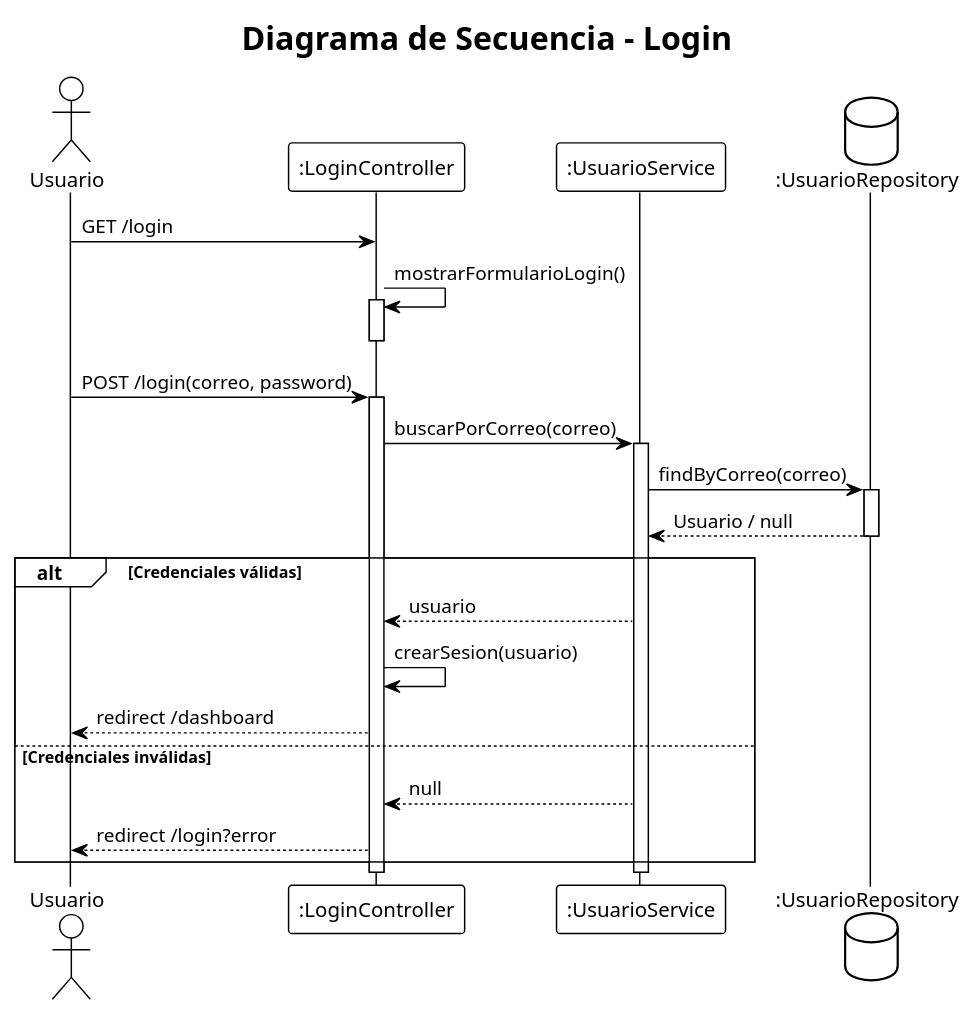
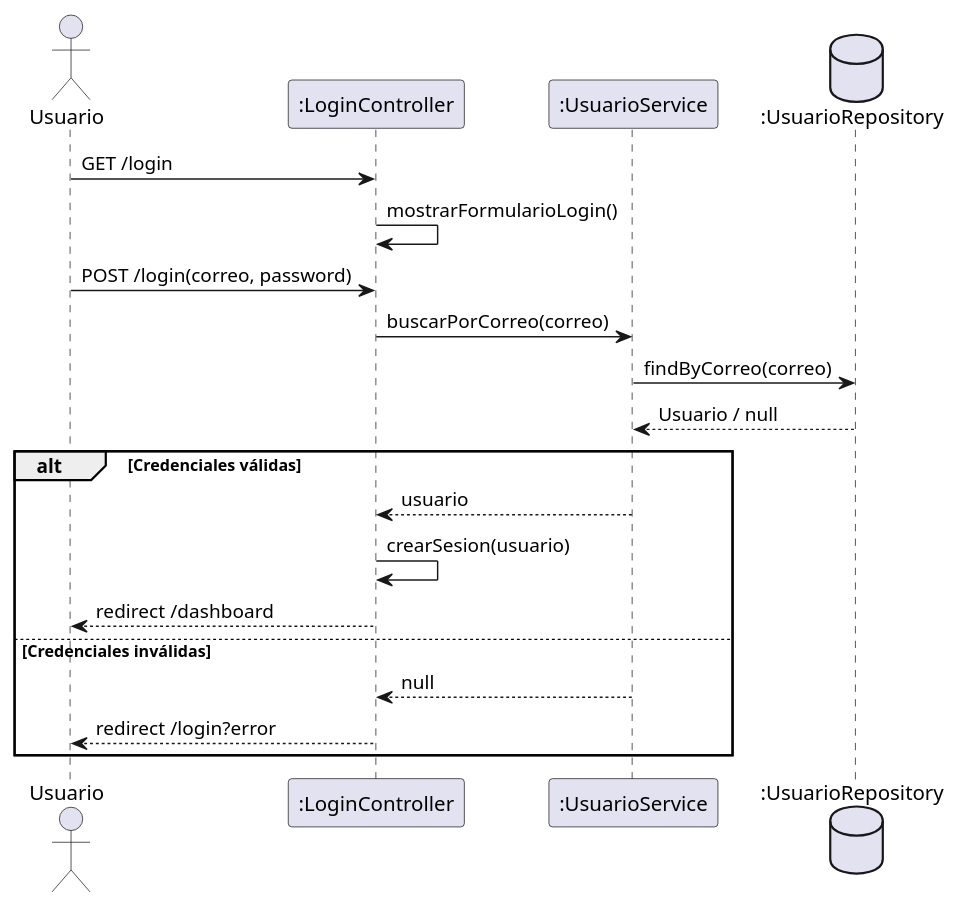
Before and after one commit to BrayanZR29/SST: the diagram in planeacion/uml/03-secuencia-login.puml, drawn with PlantUML. The commit also changed 14 other files, not shown here.

```diff
--- a/planeacion/uml/03-secuencia-login.puml
+++ b/planeacion/uml/03-secuencia-login.puml
@@ -1,40 +1,23 @@
 @startuml SecuenciaLogin
-!theme plain
-
-title Diagrama de Secuencia - Login
-
 actor Usuario
 participant ":LoginController" as ctrl
 participant ":UsuarioService" as svc
 database ":UsuarioRepository" as repo
 
 Usuario -> ctrl : GET /login
 ctrl -> ctrl : mostrarFormularioLogin()
-activate ctrl
-deactivate ctrl
 
 Usuario -> ctrl : POST /login(correo, password)
-activate ctrl
-
 ctrl -> svc : buscarPorCorreo(correo)
-activate svc
-
 svc -> repo : findByCorreo(correo)
-activate repo
 repo --> svc : Usuario / null
-deactivate repo
 
 alt Credenciales válidas
     svc --> ctrl : usuario
     ctrl -> ctrl : crearSesion(usuario)
     ctrl --> Usuario : redirect /dashboard
-    
 else Credenciales inválidas
     svc --> ctrl : null
     ctrl --> Usuario : redirect /login?error
 end
-
-deactivate svc
-deactivate ctrl
-
 @enduml
```
